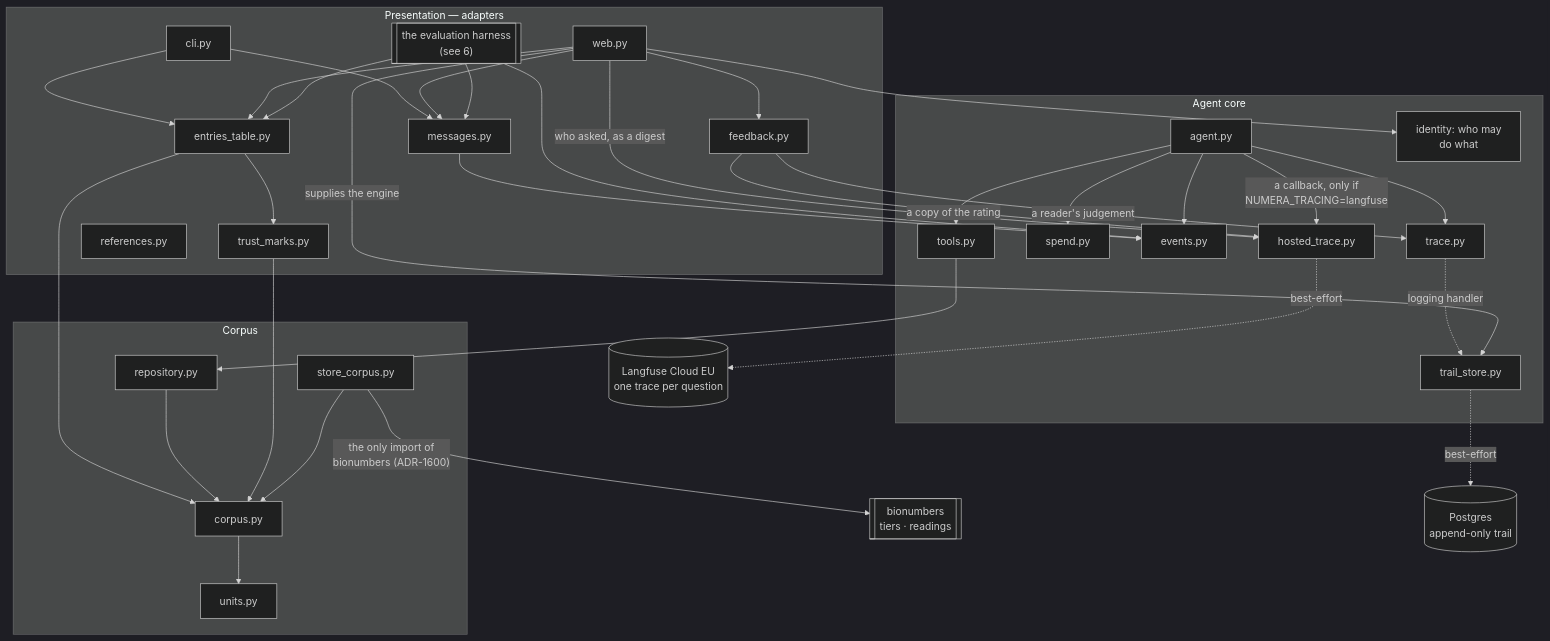
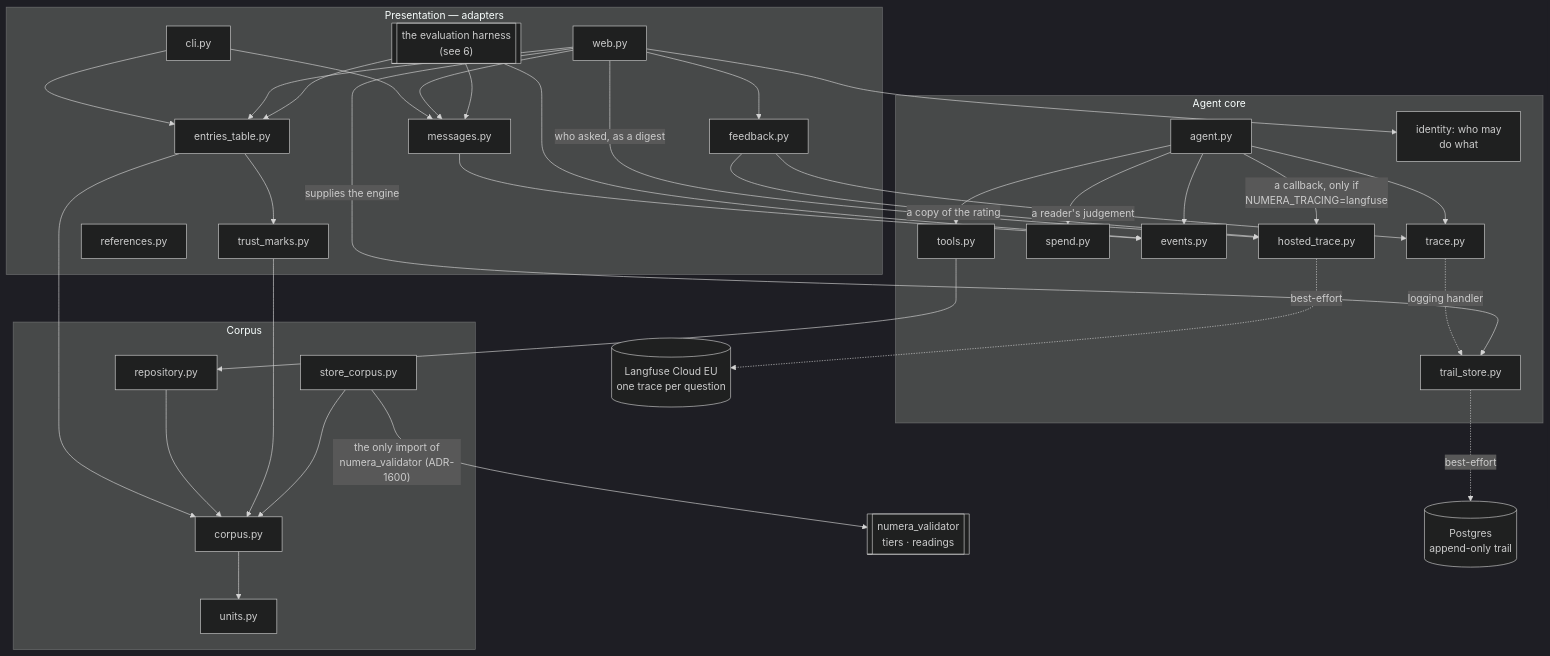
Before and after one commit to DukeOfErl/Numera: the third of 14 diagrams in docs/diagrams/architecture.md, drawn with Mermaid (dark theme). The commit also changed 10 other files, not shown here.

````diff
--- a/docs/diagrams/architecture.md
+++ b/docs/diagrams/architecture.md
@@ -88,63 +88,63 @@
 ```mermaid
 flowchart TB
     subgraph presentation["Presentation — adapters"]
         cli[cli.py]
         web[web.py]
         harness[["the evaluation harness<br/>(see 6)"]]
         messages[messages.py]
         table[entries_table.py]
         fb[feedback.py]
         tm[trust_marks.py]
         refs[references.py]
     end
     subgraph core["Agent core"]
         agent[agent.py]
         tools[tools.py]
         spend[spend.py]
         events[events.py]
         trace[trace.py]
         store[trail_store.py]
         ht[hosted_trace.py]
         identity[identity: who may<br/>do what]
     end
     subgraph data["Corpus"]
         corpus[corpus.py]
         repo[repository.py]
         units[units.py]
         sc[store_corpus.py]
     end
-    bn[["bionumbers<br/>tiers · readings"]]
+    bn[["numera_validator<br/>tiers · readings"]]
     pg[("Postgres<br/>append-only trail")]
     lf[("Langfuse Cloud EU<br/>one trace per question")]
 
     cli --> messages
     web --> messages
     harness --> messages
     messages --> events
     cli --> table
     web --> table
     harness --> table
     table --> corpus
     harness --> events
     agent --> tools
     agent --> spend
     agent --> events
     agent --> trace
     tools --> repo
     repo --> corpus
     corpus --> units
     table --> tm
     tm --> corpus
     sc --> corpus
-    sc -- "the only import of<br/>bionumbers (ADR-1600)" --> bn
+    sc -- "the only import of<br/>numera_validator (ADR-1600)" --> bn
     trace -. "logging handler" .-> store
     store -. "best-effort" .-> pg
     web -- "supplies the engine" --> store
     web --> fb
     fb -- "a reader's judgement" --> trace
     web --> identity
     agent -- "a callback, only if<br/>NUMERA_TRACING=langfuse" --> ht
     web -- "who asked, as a digest" --> ht
     fb -- "a copy of the rating" --> ht
     ht -. "best-effort" .-> lf
 ```
````
